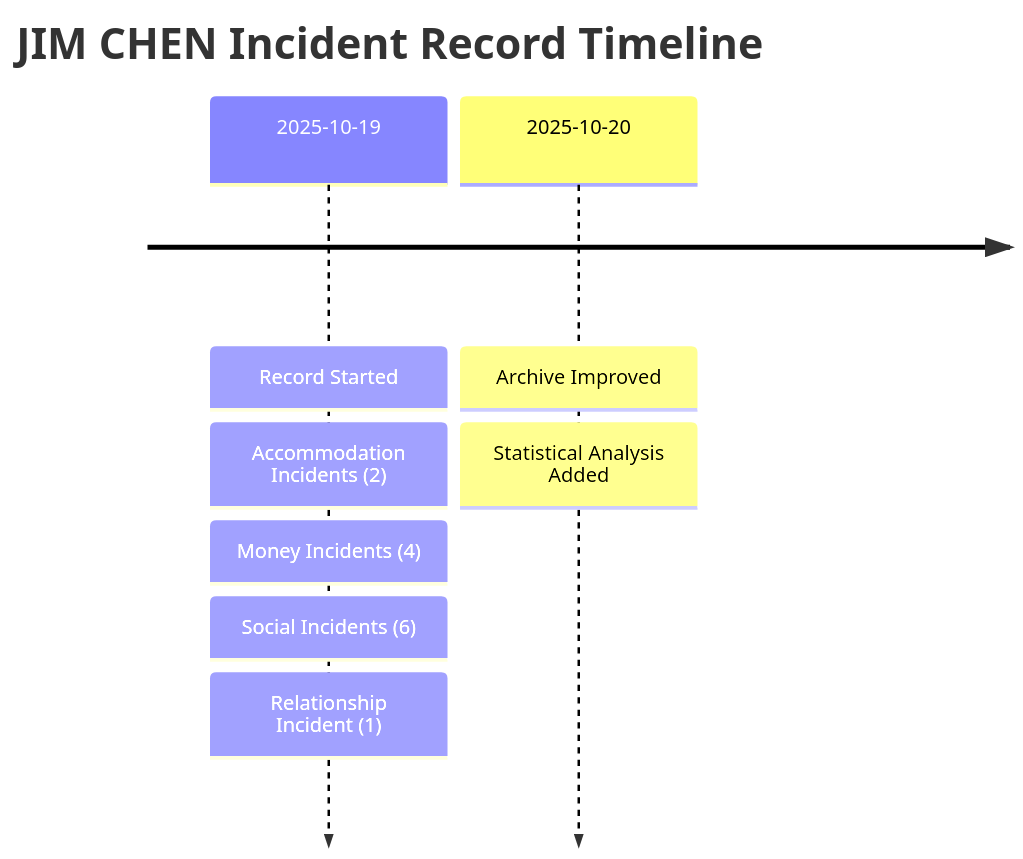
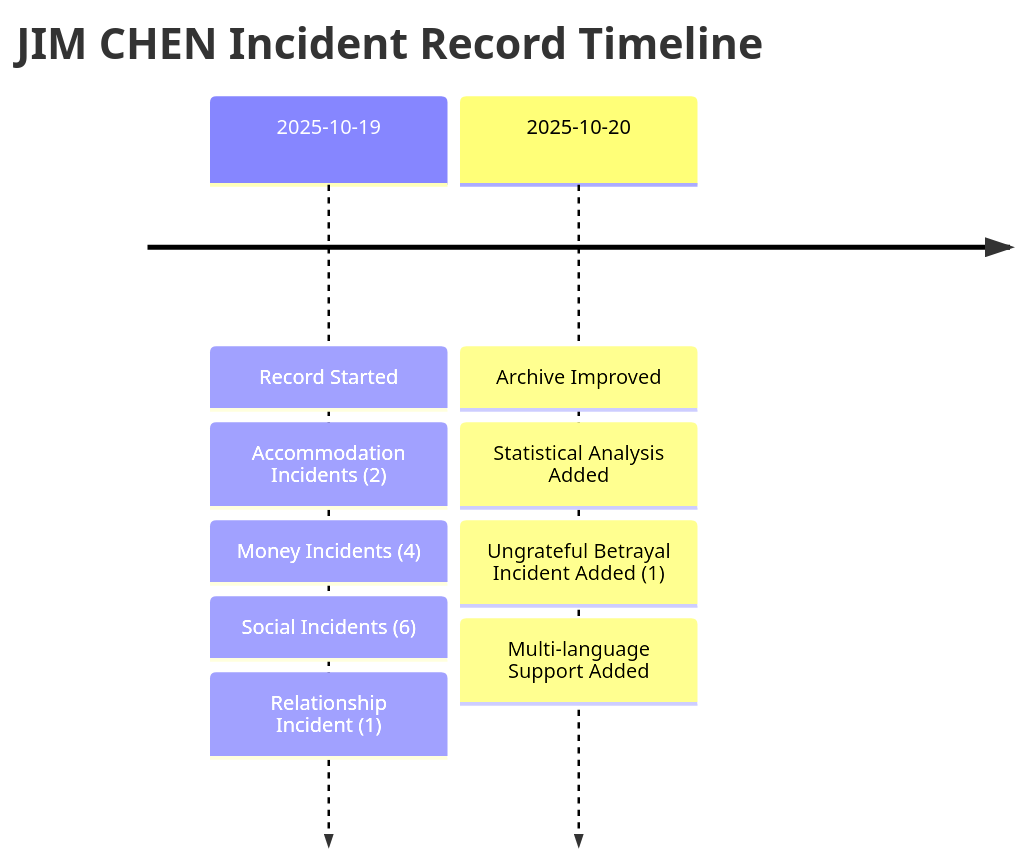
The second of 2 diagrams in en/notes/📦 Inbox/JIM CHEN.md (Zakkaus/nolebase), drawn with Mermaid before and after one commit. The commit also changed other lines of this file and 5 other files, not shown here.

````diff
--- a/en/notes/📦 Inbox/JIM CHEN.md
+++ b/en/notes/📦 Inbox/JIM CHEN.md
@@ -255,11 +285,13 @@
 ```mermaid
 timeline
     title JIM CHEN Incident Record Timeline
     2025-10-19 : Record Started
              : Accommodation Incidents (2)
              : Money Incidents (4)
              : Social Incidents (6)
              : Relationship Incident (1)
     2025-10-20 : Archive Improved
              : Statistical Analysis Added
+             : Ungrateful Betrayal Incident Added (1)
+             : Multi-language Support Added
 ```
````
